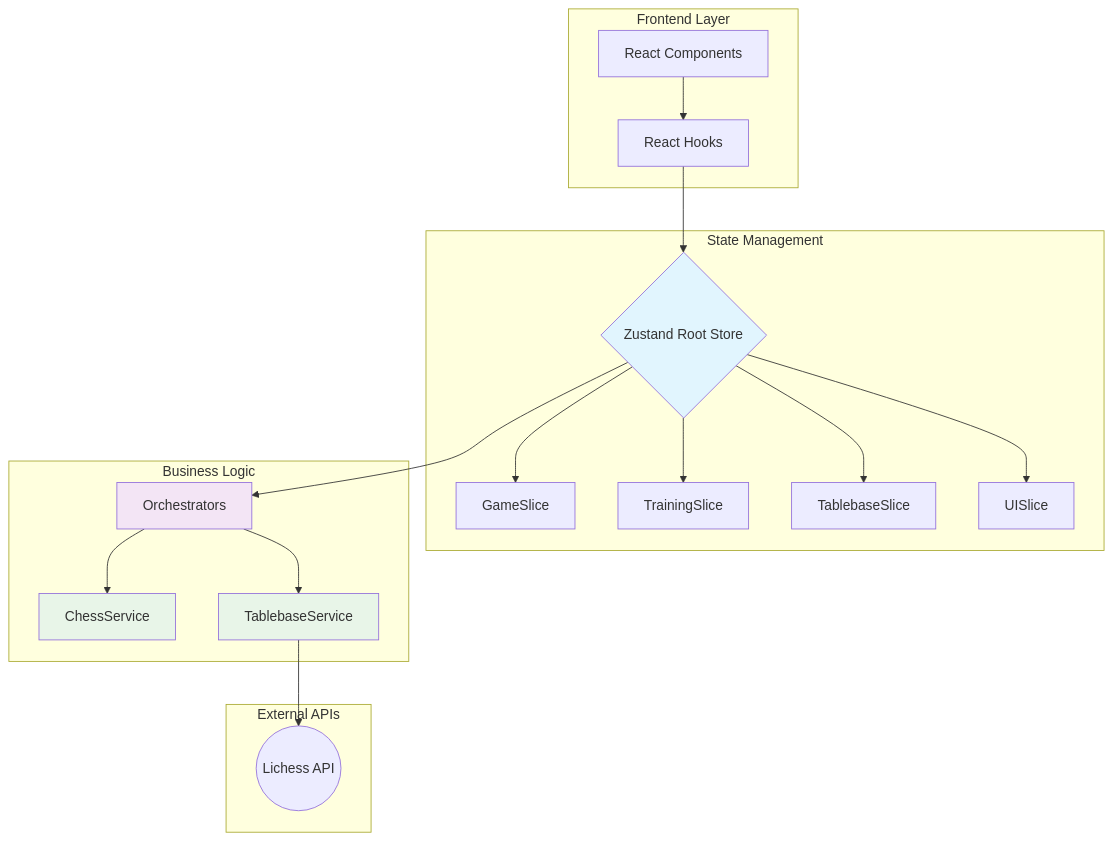
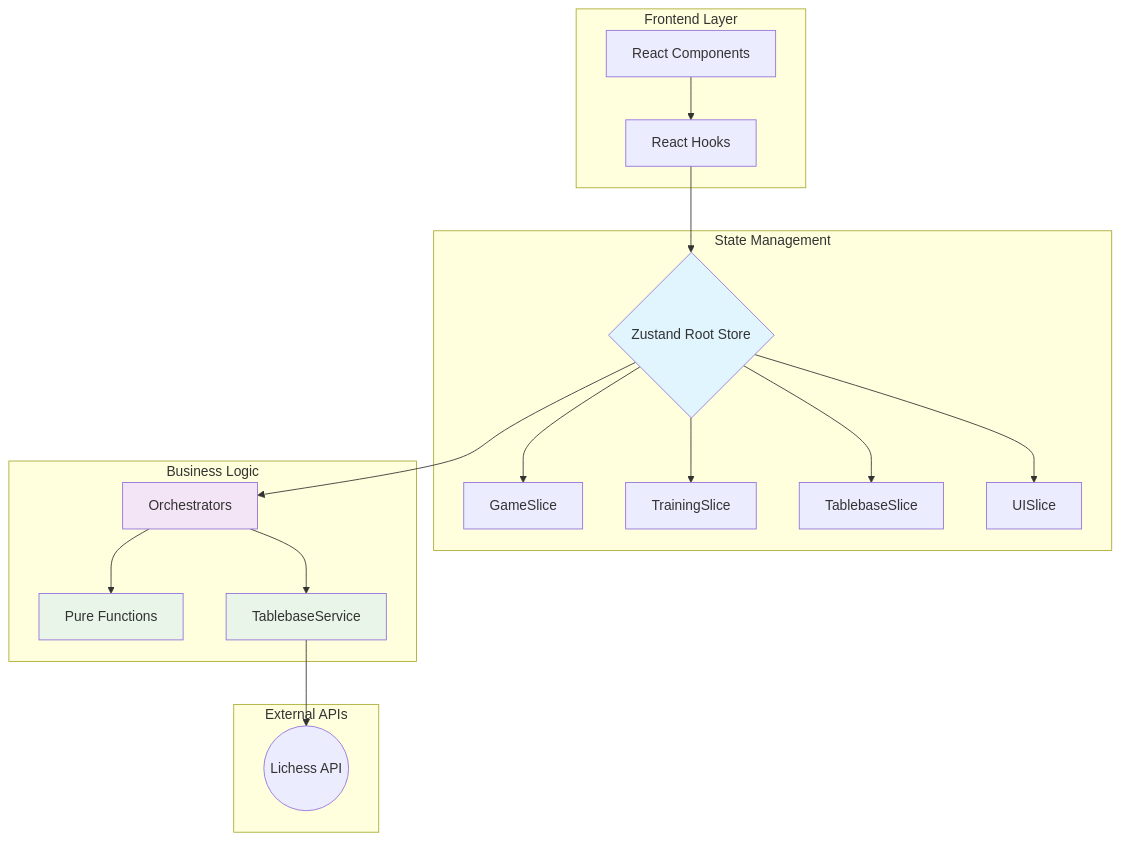
Before and after one commit to thehugegatsby/ChessEndgameTrainer: the diagram in docs/CORE.md, drawn with Mermaid. The commit also changed other lines of this file and 48 other files, not shown here.

````diff
--- a/docs/CORE.md
+++ b/docs/CORE.md
@@ -11,26 +11,26 @@
 ```mermaid
 graph TD
     subgraph "Frontend Layer"
         A[React Components] --> B[React Hooks]
     end
     subgraph "State Management"
         B --> C{Zustand Root Store}
         C --> D[GameSlice]
         C --> E[TrainingSlice]
         C --> F[TablebaseSlice]
         C --> G[UISlice]
     end
     subgraph "Business Logic"
         C --> H[Orchestrators]
-        H --> I[ChessService]
+        H --> I[Pure Functions]
         H --> J[TablebaseService]
     end
     subgraph "External APIs"
         J --> K((Lichess API))
     end
 
     style C fill:#e1f5fe
     style H fill:#f3e5f5
     style I fill:#e8f5e8
     style J fill:#e8f5e8
 ```
````
